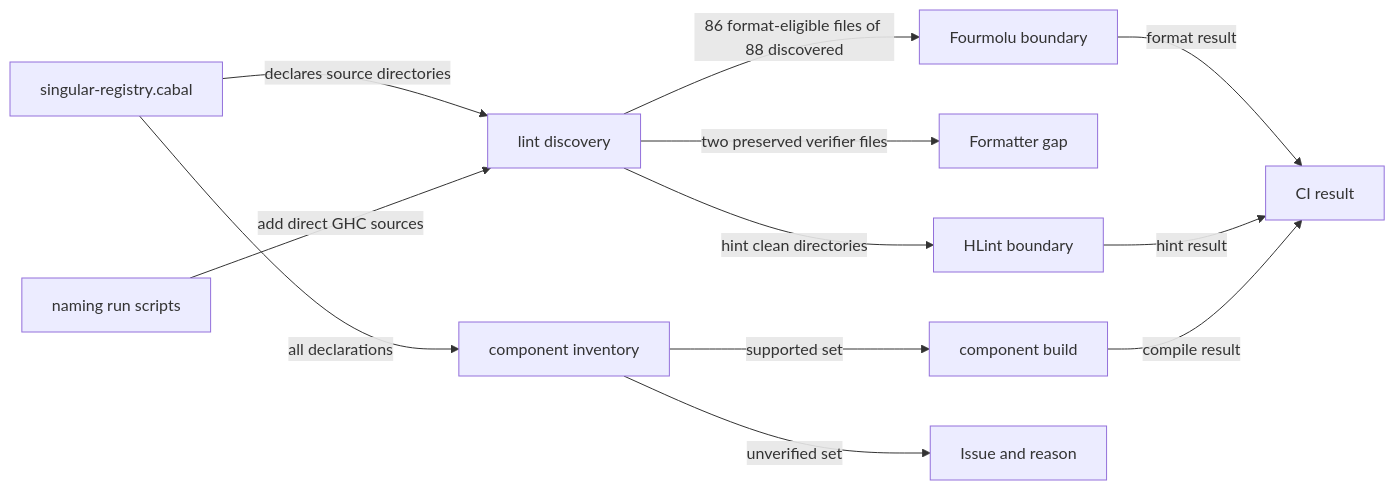
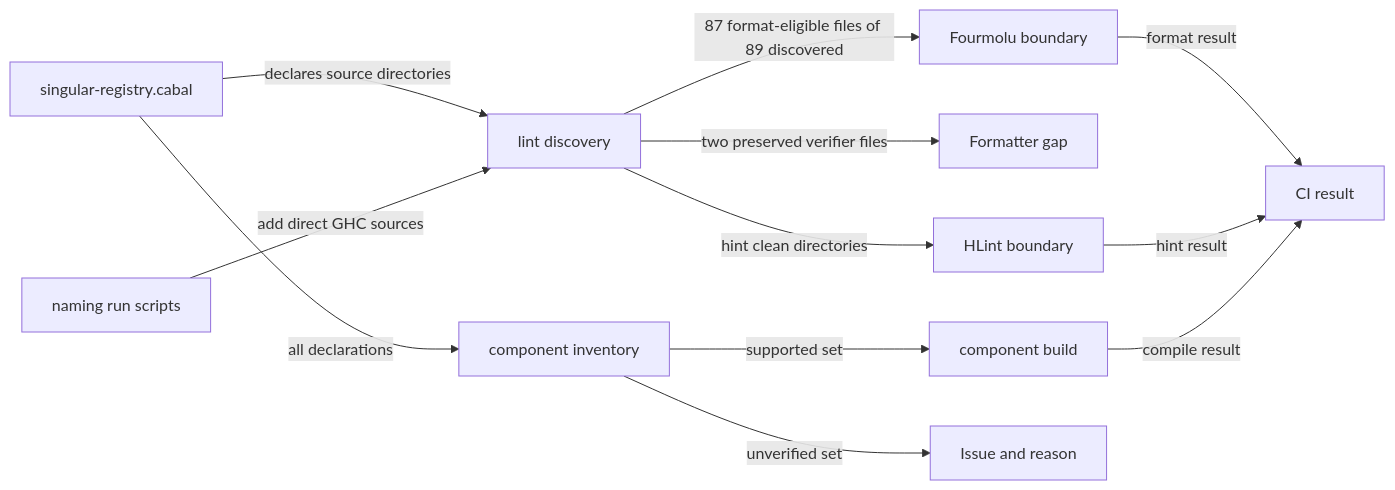
Before and after one commit to lambdasistemi/singular: the diagram in docs/offchain-development.md, drawn with Mermaid. The commit also changed other lines of this file and 1 other file, not shown here.

Commit message:
docs: measure the expanded offchain lint extent #267
Record the source-derived 89 discovered, 87 formatter and 76 HLint Haskell files after the new E2E module, while keeping the unchanged exclusions and separating this inventory measurement from an actual lint pass.

````diff
--- a/docs/offchain-development.md
+++ b/docs/offchain-development.md
@@ -19,14 +19,14 @@
 ```mermaid
 flowchart LR
     C[singular-registry.cabal] -->|declares source directories| D[lint discovery]
     N[naming run scripts] -->|add direct GHC sources| D
-    D -->|86 format-eligible files of 88 discovered| F[Fourmolu boundary]
+    D -->|87 format-eligible files of 89 discovered| F[Fourmolu boundary]
     D -->|two preserved verifier files| X[Formatter gap]
     D -->|hint clean directories| H[HLint boundary]
     C -->|all declarations| I[component inventory]
     I -->|supported set| B[component build]
     I -->|unverified set| U[Issue and reason]
     F -->|format result| CI[CI result]
     H -->|hint result| CI
     B -->|compile result| CI
 ```
````
